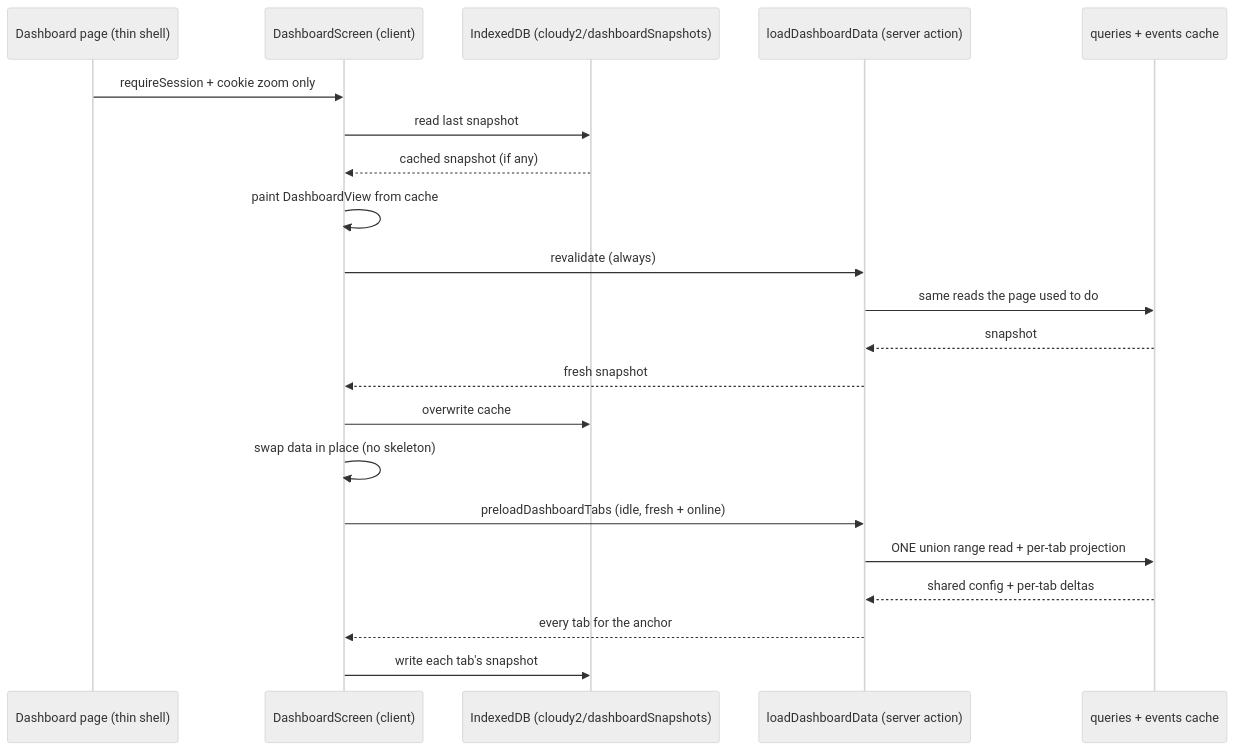
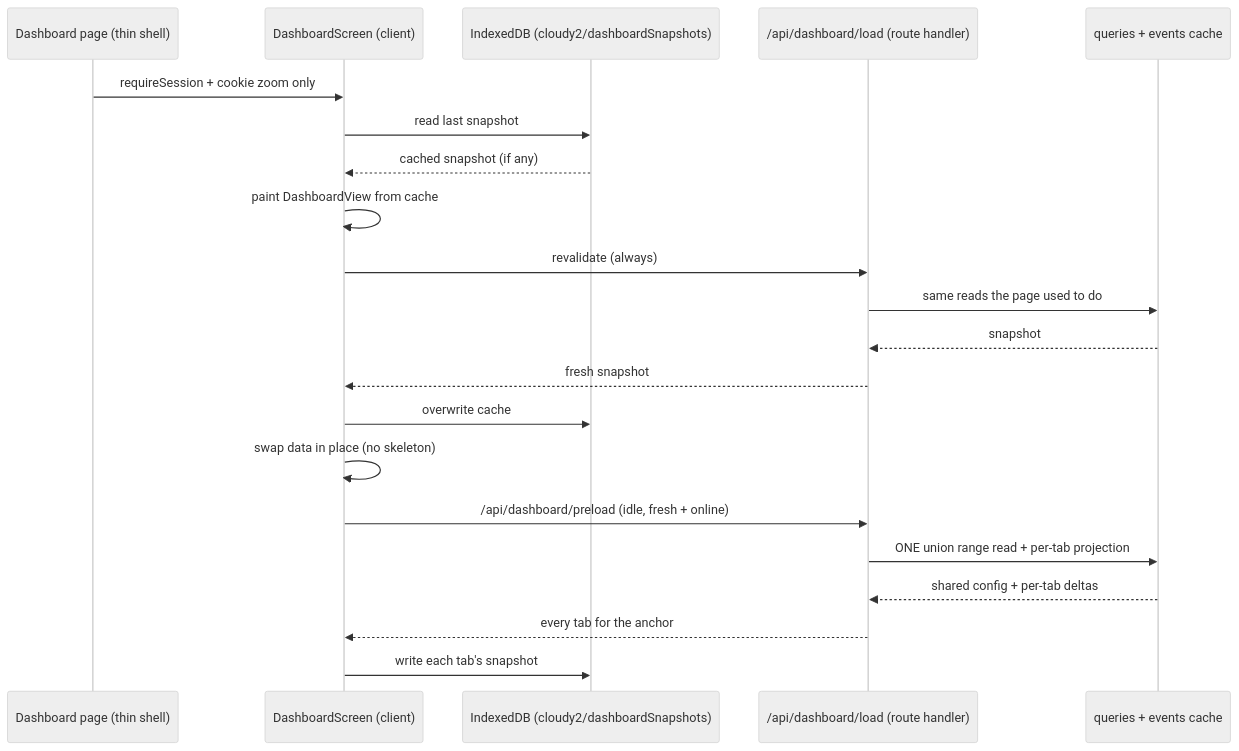
Before and after one commit to oncloudnintynineone-source/cloudy2: the sixth of 6 diagrams in docs/pwa-offline.md, drawn with Mermaid (neutral theme). The commit also changed other lines of this file and 38 other files, not shown here.

Commit message:
Fix slow calendar reads and saves: move background work off the server-action queue

````diff
--- a/docs/pwa-offline.md
+++ b/docs/pwa-offline.md
@@ -568,23 +568,23 @@
 ```mermaid
 sequenceDiagram
  participant P as Dashboard page (thin shell)
  participant S as DashboardScreen (client)
  participant I as IndexedDB (cloudy2/dashboardSnapshots)
- participant A as loadDashboardData (server action)
+ participant A as /api/dashboard/load (route handler)
  participant Q as queries + events cache
  P->>S: requireSession + cookie zoom only
  S->>I: read last snapshot
  I-->>S: cached snapshot (if any)
  S->>S: paint DashboardView from cache
  S->>A: revalidate (always)
  A->>Q: same reads the page used to do
  Q-->>A: snapshot
  A-->>S: fresh snapshot
  S->>I: overwrite cache
  S->>S: swap data in place (no skeleton)
- S->>A: preloadDashboardTabs (idle, fresh + online)
+ S->>A: /api/dashboard/preload (idle, fresh + online)
  A->>Q: ONE union range read + per-tab projection
  Q-->>A: shared config + per-tab deltas
  A-->>S: every tab for the anchor
  S->>I: write each tab's snapshot
 ```
````
